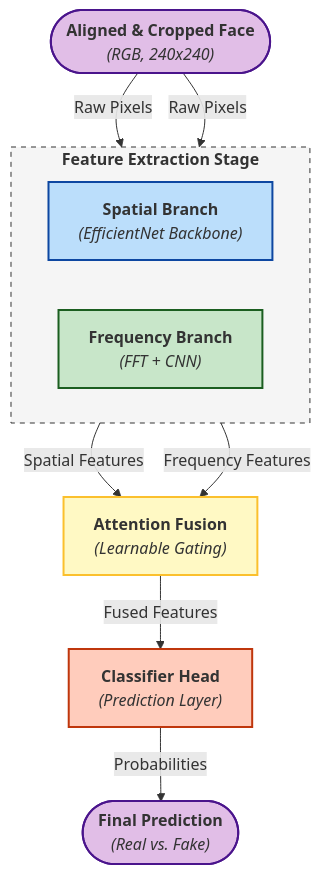
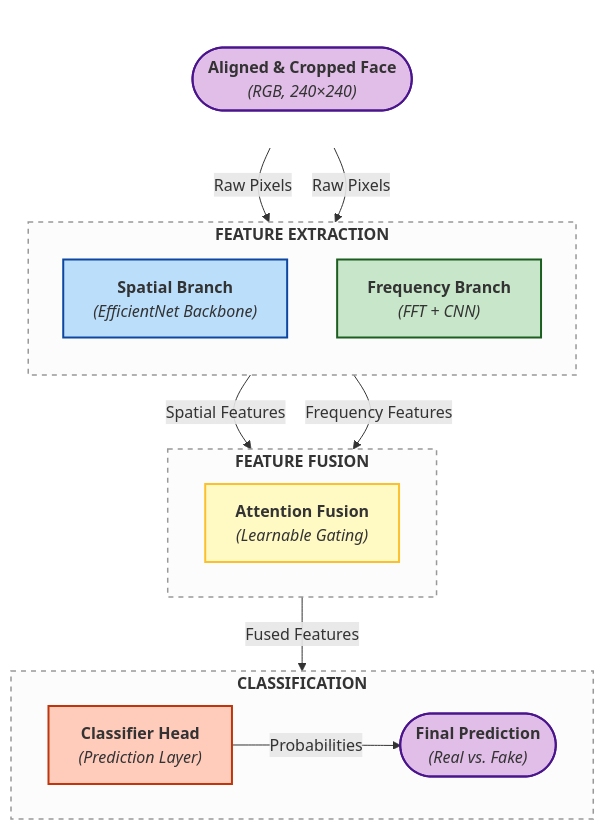
The second of 8 diagrams in diagram_code.md (hugo-tng/deepfake-image-detector), drawn with Mermaid before and after one commit. The commit also changed other lines of this file and 5 other files, not shown here.

Commit message:
adding crop face notebook, update diagram

````diff
--- a/diagram_code.md
+++ b/diagram_code.md
@@ -3,25 +50,54 @@
 ```mermaid
 ---
 config:
   layout: dagre
 ---
 flowchart TB
- subgraph FeatureExtraction["<b>Feature Extraction Stage</b>"]
+
+%% ===== INPUT (CENTERED) =====
+subgraph InputStage[" "]
+    direction TB
+    Input(["<b>Aligned &amp; Cropped Face</b><br><i>(RGB, 240×240)</i>"])
+end
+
+%% ===== FEATURE EXTRACTION =====
+subgraph FeatureExtraction["<b>FEATURE EXTRACTION</b>"]
+    direction TB
+    Spatial["<b>Spatial Branch</b><br><i>(EfficientNet Backbone)</i>"]
+    Frequency["<b>Frequency Branch</b><br><i>(FFT + CNN)</i>"]
+end
+
+%% ===== FEATURE FUSION =====
+subgraph FeatureFusion["<b>FEATURE FUSION</b>"]
     direction LR
-        Spatial["<b>Spatial Branch</b><br><i>(EfficientNet Backbone)</i>"]
-        Frequency["<b>Frequency Branch</b><br><i>(FFT + CNN)</i>"]
-  end
-    Input(["<b>Aligned &amp; Cropped Face</b><br><i>(RGB, 240x240)</i>"]) -- Raw Pixels --> Spatial & Frequency
-    Spatial -- Spatial Features --> Fusion["<b>Attention Fusion</b><br><i>(Learnable Gating)</i>"]
-    Frequency -- Frequency Features --> Fusion
-    Fusion -- Fused Features --> Classifier["<b>Classifier Head</b><br><i>(Prediction Layer)</i>"]
-    Classifier -- Probabilities --> Output(["<b>Final Prediction</b><br><i>(Real vs. Fake)</i>"])
+    Fusion["<b>Attention Fusion</b><br><i>(Learnable Gating)</i>"]
+end
 
-    style Spatial fill:#bbdefb,stroke:#0d47a1,stroke-width:2px
-    style Frequency fill:#c8e6c9,stroke:#1b5e20,stroke-width:2px
-    style Input fill:#e1bee7,stroke:#4a148c,stroke-width:2px
-    style Fusion fill:#fff9c4,stroke:#fbc02d,stroke-width:2px
-    style Classifier fill:#ffccbc,stroke:#bf360c,stroke-width:2px
-    style Output fill:#e1bee7,stroke:#4a148c,stroke-width:2px
-    style FeatureExtraction fill:#f5f5f5,stroke:#333,stroke-dasharray: 5 5
+%% ===== CLASSIFICATION =====
+subgraph Classification["<b>CLASSIFICATION</b>"]
+    direction LR
+    Classifier["<b>Classifier Head</b><br><i>(Prediction Layer)</i>"]
+    Output(["<b>Final Prediction</b><br><i>(Real vs. Fake)</i>"])
+end
+
+%% ===== CONNECTIONS =====
+Input -- Raw Pixels --> Spatial
+Input -- Raw Pixels --> Frequency
+Spatial -- Spatial Features --> Fusion
+Frequency -- Frequency Features --> Fusion
+Fusion -- Fused Features --> Classifier
+Classifier -- Probabilities --> Output
+
+%% ===== STYLING =====
+style Input fill:#e1bee7,stroke:#4a148c,stroke-width:2px
+style Spatial fill:#bbdefb,stroke:#0d47a1,stroke-width:2px
+style Frequency fill:#c8e6c9,stroke:#1b5e20,stroke-width:2px
+style Fusion fill:#fff9c4,stroke:#fbc02d,stroke-width:2px
+style Classifier fill:#ffccbc,stroke:#bf360c,stroke-width:2px
+style Output fill:#e1bee7,stroke:#4a148c,stroke-width:2px
+
+style FeatureExtraction fill:#fcfcfc,stroke:#999,stroke-width:1.5px,stroke-dasharray:5 5
+style FeatureFusion fill:#fcfcfc,stroke:#999,stroke-width:1.5px,stroke-dasharray:5 5
+style Classification fill:#fcfcfc,stroke:#999,stroke-width:1.5px,stroke-dasharray:5 5
+style InputStage fill:none,stroke:none
 ```
````
